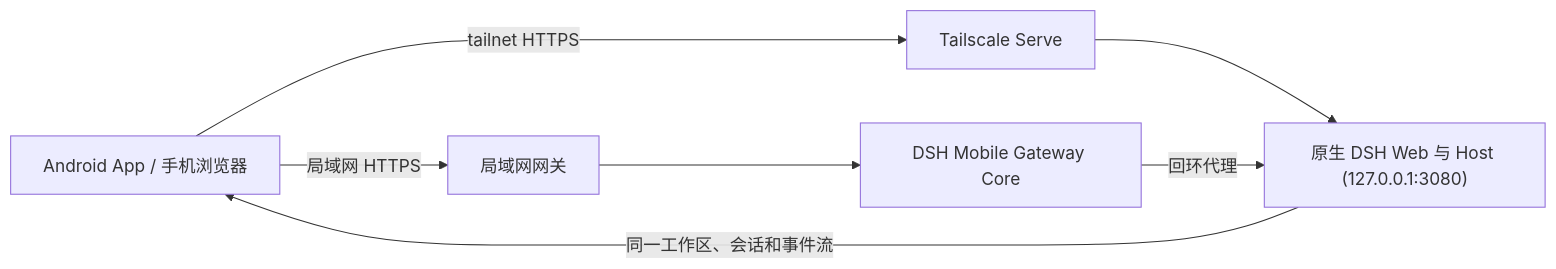
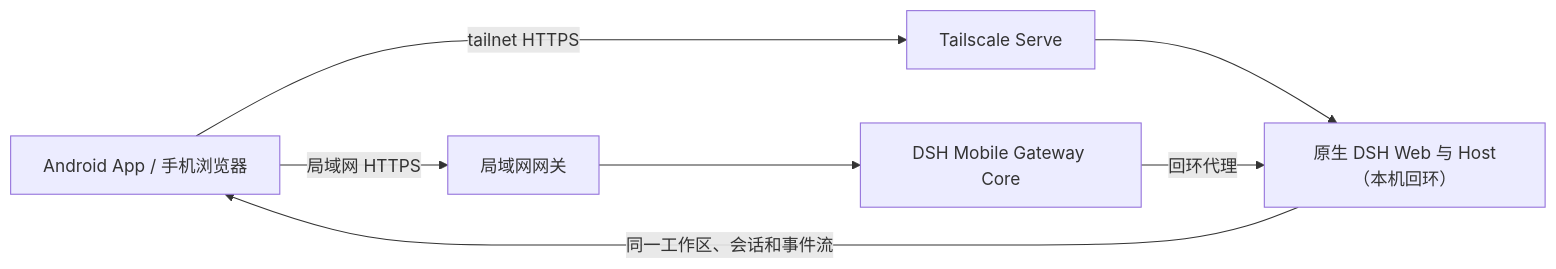
One commit to qiushenjie/dsh-mobile-tailscale changed the diagram in README.md. Above: the diagram before and after it, drawn with Mermaid. The commit also changed other lines of this file and 18 other files, not shown here.

````diff
--- a/README.md
+++ b/README.md
@@ -230,9 +261,9 @@
 ```mermaid
 flowchart LR
   Phone["Android App / 手机浏览器"] -->|"局域网 HTTPS"| Lan["局域网网关"]
   Phone -->|"tailnet HTTPS"| Serve["Tailscale Serve"]
   Lan --> Gateway["DSH Mobile Gateway Core"]
-  Serve --> DSH["原生 DSH Web 与 Host (127.0.0.1:3080)"]
+  Serve --> DSH["原生 DSH Web 与 Host（本机回环）"]
   Gateway -->|"回环代理"| DSH
   DSH -->|"同一工作区、会话和事件流"| Phone
 ```
````
